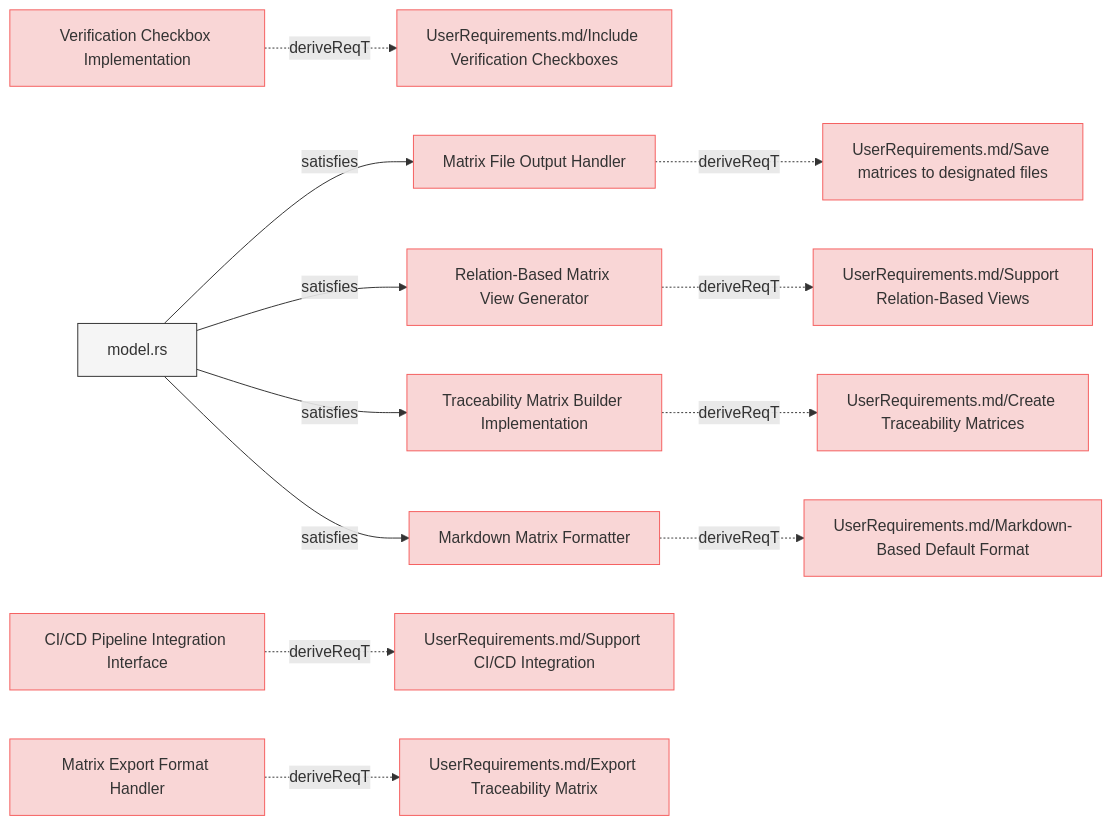
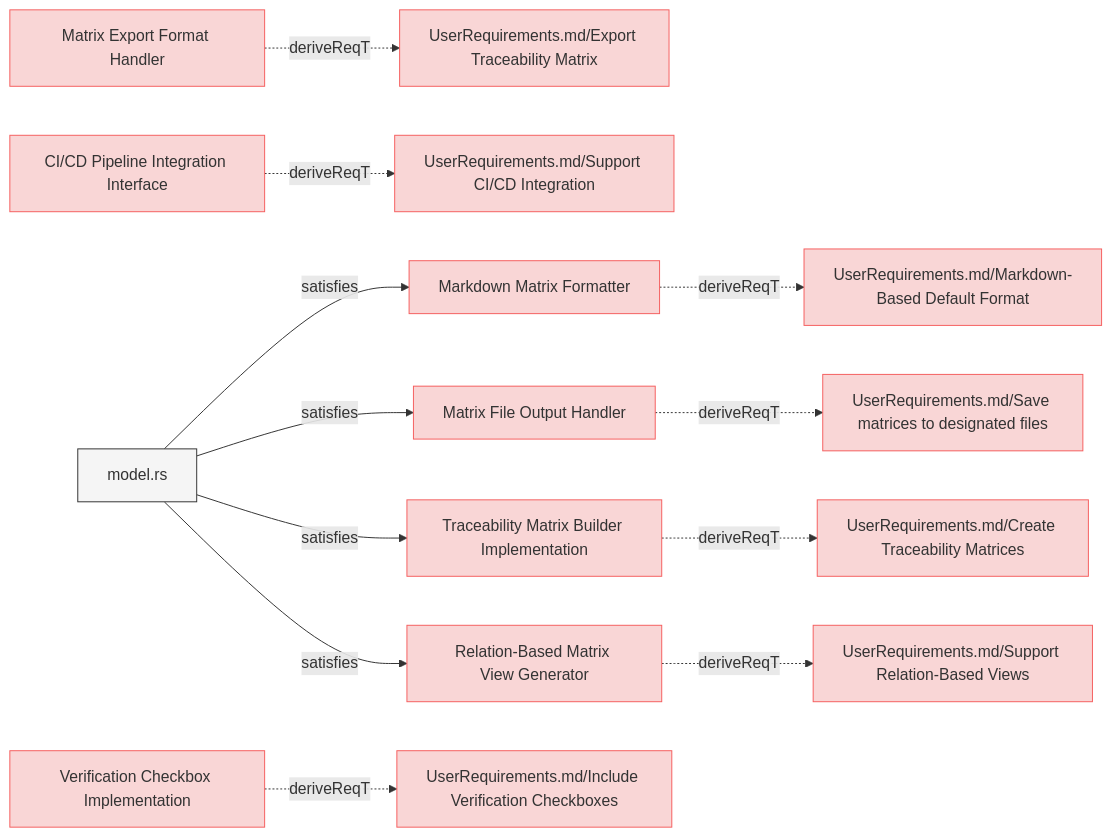
One commit to reqvire-org/reqvire changed the sixth of 9 diagrams in specifications/SystemRequirements/Requirements.md. Above: the diagram before and after it, drawn with Mermaid. The commit also changed other lines of this file and 5 other files, not shown here.

Commit message:
Updates spec with diagrams

````diff
--- a/specifications/SystemRequirements/Requirements.md
+++ b/specifications/SystemRequirements/Requirements.md
@@ -689,65 +797,65 @@
 ```mermaid
 graph LR;
   %% Graph styling
   classDef requirement fill:#f9d6d6,stroke:#f55f5f,stroke-width:1px;
   classDef verification fill:#d6f9d6,stroke:#5fd75f,stroke-width:1px;
   classDef externalLink fill:#d0e0ff,stroke:#3080ff,stroke-width:1px;
   classDef default fill:#f5f5f5,stroke:#333333,stroke-width:1px;
 
+  d7e5fbf806["Markdown Matrix Formatter"];
+  click d7e5fbf806 "Requirements.md#markdown-matrix-formatter";
+  class d7e5fbf806 requirement;
+  c7a213987b["UserRequirements.md/Markdown-Based Default Format"];
+  class c7a213987b requirement;
+  click c7a213987b "../UserRequirements.md#markdown-based-default-format";
+  d7e5fbf806 -.->|deriveReqT| c7a213987b;
+  74b4dd6a32["model.rs"];
+  class 74b4dd6a32 default;
+  click 74b4dd6a32 "../../src/model.rs";
+  74b4dd6a32 -->|satisfies| d7e5fbf806;
+  8897111f9b["Matrix Export Format Handler"];
+  click 8897111f9b "Requirements.md#matrix-export-format-handler";
+  class 8897111f9b requirement;
+  4b7b432817["UserRequirements.md/Export Traceability Matrix"];
+  class 4b7b432817 requirement;
+  click 4b7b432817 "../UserRequirements.md#export-traceability-matrix";
+  8897111f9b -.->|deriveReqT| 4b7b432817;
+  4edf5c26da["CI/CD Pipeline Integration Interface"];
+  click 4edf5c26da "Requirements.md#ci/cd-pipeline-integration-interface";
+  class 4edf5c26da requirement;
+  33733d2f42["UserRequirements.md/Support CI/CD Integration"];
+  class 33733d2f42 requirement;
+  click 33733d2f42 "../UserRequirements.md#support-ci/cd-integration";
+  4edf5c26da -.->|deriveReqT| 33733d2f42;
+  83a2343e97["Matrix File Output Handler"];
+  click 83a2343e97 "Requirements.md#matrix-file-output-handler";
+  class 83a2343e97 requirement;
+  c4b025f6ac["UserRequirements.md/Save matrices to designated files"];
+  class c4b025f6ac requirement;
+  click c4b025f6ac "../UserRequirements.md#save-matrices-to-designated-files";
+  83a2343e97 -.->|deriveReqT| c4b025f6ac;
+  74b4dd6a32 -->|satisfies| 83a2343e97;
+  5eca866a03["Traceability Matrix Builder Implementation"];
+  click 5eca866a03 "Requirements.md#traceability-matrix-builder-implementation";
+  class 5eca866a03 requirement;
+  9fe409695e["UserRequirements.md/Create Traceability Matrices"];
+  class 9fe409695e requirement;
+  click 9fe409695e "../UserRequirements.md#create-traceability-matrices";
+  5eca866a03 -.->|deriveReqT| 9fe409695e;
+  74b4dd6a32 -->|satisfies| 5eca866a03;
   3feb0576ff["Verification Checkbox Implementation"];
   click 3feb0576ff "Requirements.md#verification-checkbox-implementation";
   class 3feb0576ff requirement;
   273dcdad7a["UserRequirements.md/Include Verification Checkboxes"];
   class 273dcdad7a requirement;
   click 273dcdad7a "../UserRequirements.md#include-verification-checkboxes";
   3feb0576ff -.->|deriveReqT| 273dcdad7a;
-  83a2343e97["Matrix File Output Handler"];
-  click 83a2343e97 "Requirements.md#matrix-file-output-handler";
-  class 83a2343e97 requirement;
-  c4b025f6ac["UserRequirements.md/Save matrices to designated files"];
-  class c4b025f6ac requirement;
-  click c4b025f6ac "../UserRequirements.md#save-matrices-to-designated-files";
-  83a2343e97 -.->|deriveReqT| c4b025f6ac;
-  74b4dd6a32["model.rs"];
-  class 74b4dd6a32 default;
-  click 74b4dd6a32 "../../src/model.rs";
-  74b4dd6a32 -->|satisfies| 83a2343e97;
   dd7b536571["Relation-Based Matrix View Generator"];
   click dd7b536571 "Requirements.md#relation-based-matrix-view-generator";
   class dd7b536571 requirement;
   fc0d98c588["UserRequirements.md/Support Relation-Based Views"];
   class fc0d98c588 requirement;
   click fc0d98c588 "../UserRequirements.md#support-relation-based-views";
   dd7b536571 -.->|deriveReqT| fc0d98c588;
   74b4dd6a32 -->|satisfies| dd7b536571;
-  5eca866a03["Traceability Matrix Builder Implementation"];
-  click 5eca866a03 "Requirements.md#traceability-matrix-builder-implementation";
-  class 5eca866a03 requirement;
-  9fe409695e["UserRequirements.md/Create Traceability Matrices"];
-  class 9fe409695e requirement;
-  click 9fe409695e "../UserRequirements.md#create-traceability-matrices";
-  5eca866a03 -.->|deriveReqT| 9fe409695e;
-  74b4dd6a32 -->|satisfies| 5eca866a03;
-  4edf5c26da["CI/CD Pipeline Integration Interface"];
-  click 4edf5c26da "Requirements.md#ci/cd-pipeline-integration-interface";
-  class 4edf5c26da requirement;
-  33733d2f42["UserRequirements.md/Support CI/CD Integration"];
-  class 33733d2f42 requirement;
-  click 33733d2f42 "../UserRequirements.md#support-ci/cd-integration";
-  4edf5c26da -.->|deriveReqT| 33733d2f42;
-  d7e5fbf806["Markdown Matrix Formatter"];
-  click d7e5fbf806 "Requirements.md#markdown-matrix-formatter";
-  class d7e5fbf806 requirement;
-  c7a213987b["UserRequirements.md/Markdown-Based Default Format"];
-  class c7a213987b requirement;
-  click c7a213987b "../UserRequirements.md#markdown-based-default-format";
-  d7e5fbf806 -.->|deriveReqT| c7a213987b;
-  74b4dd6a32 -->|satisfies| d7e5fbf806;
-  8897111f9b["Matrix Export Format Handler"];
-  click 8897111f9b "Requirements.md#matrix-export-format-handler";
-  class 8897111f9b requirement;
-  4b7b432817["UserRequirements.md/Export Traceability Matrix"];
-  class 4b7b432817 requirement;
-  click 4b7b432817 "../UserRequirements.md#export-traceability-matrix";
-  8897111f9b -.->|deriveReqT| 4b7b432817;
 ```
````
